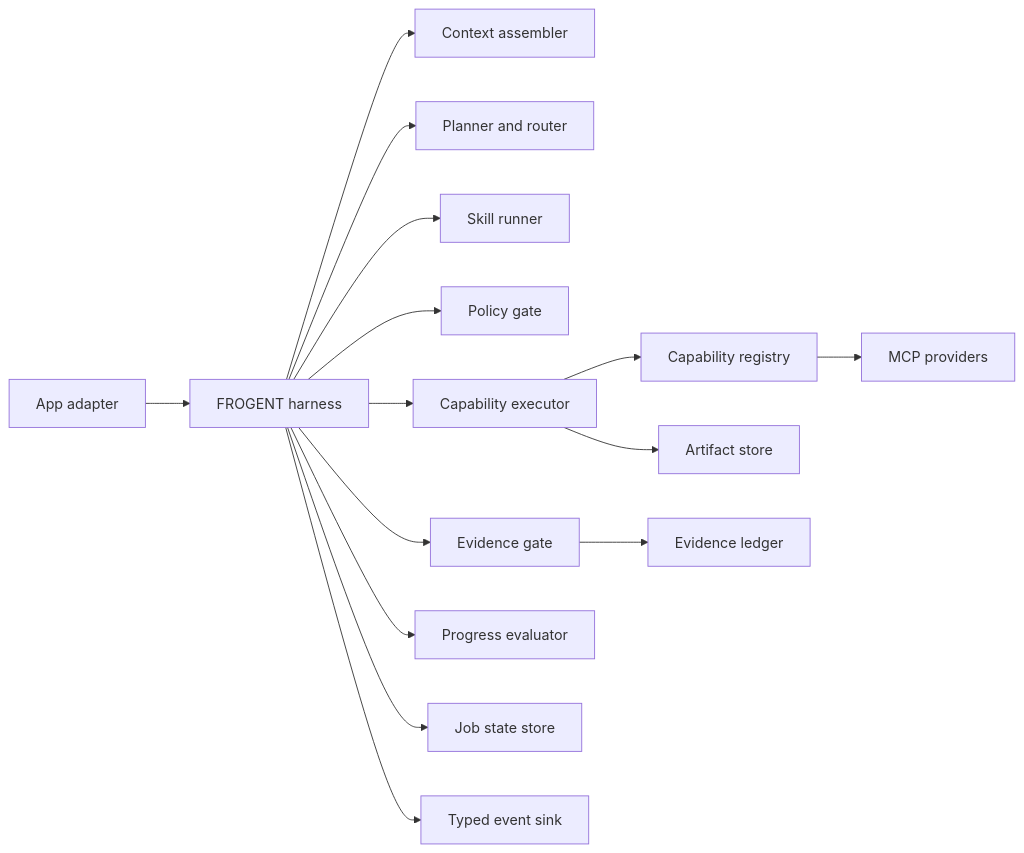
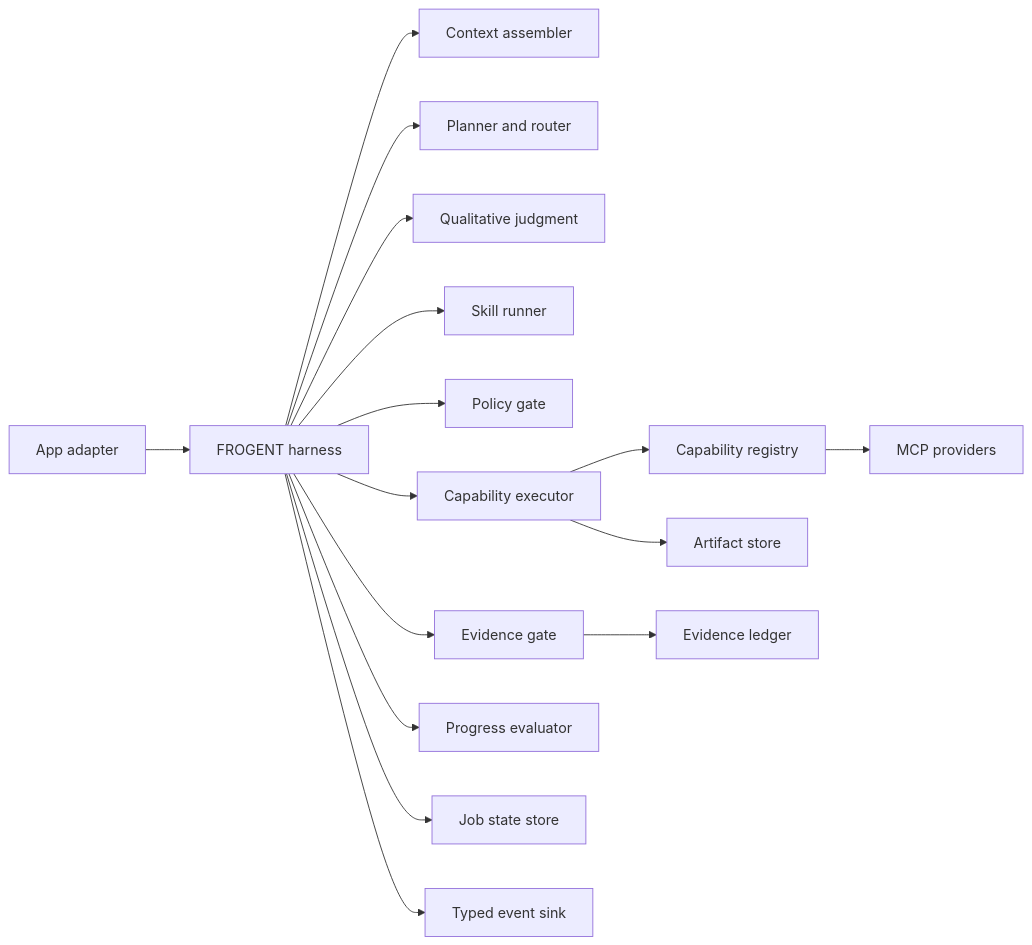
The second of 2 diagrams in plugins/frogent-drug-design/docs/HARNESS.md (SZU-ADDG/FROGENT), drawn with Mermaid before and after one commit. The commit also changed other lines of this file and 56 other files, not shown here.

````diff
--- a/plugins/frogent-drug-design/docs/HARNESS.md
+++ b/plugins/frogent-drug-design/docs/HARNESS.md
@@ -34,17 +52,18 @@
 ```mermaid
 flowchart LR
     APP["App adapter"] --> H["FROGENT harness"]
     H --> CTX["Context assembler"]
     H --> PLAN["Planner and router"]
+    H --> JUDGE["Qualitative judgment"]
     H --> SKILL["Skill runner"]
     H --> POLICY["Policy gate"]
     H --> EXEC["Capability executor"]
     EXEC --> REG["Capability registry"]
     REG --> MCP["MCP providers"]
     EXEC --> ART["Artifact store"]
     H --> EV["Evidence gate"]
     EV --> LEDGER["Evidence ledger"]
     H --> EVAL["Progress evaluator"]
     H --> STATE["Job state store"]
     H --> EVENT["Typed event sink"]
 ```
````
